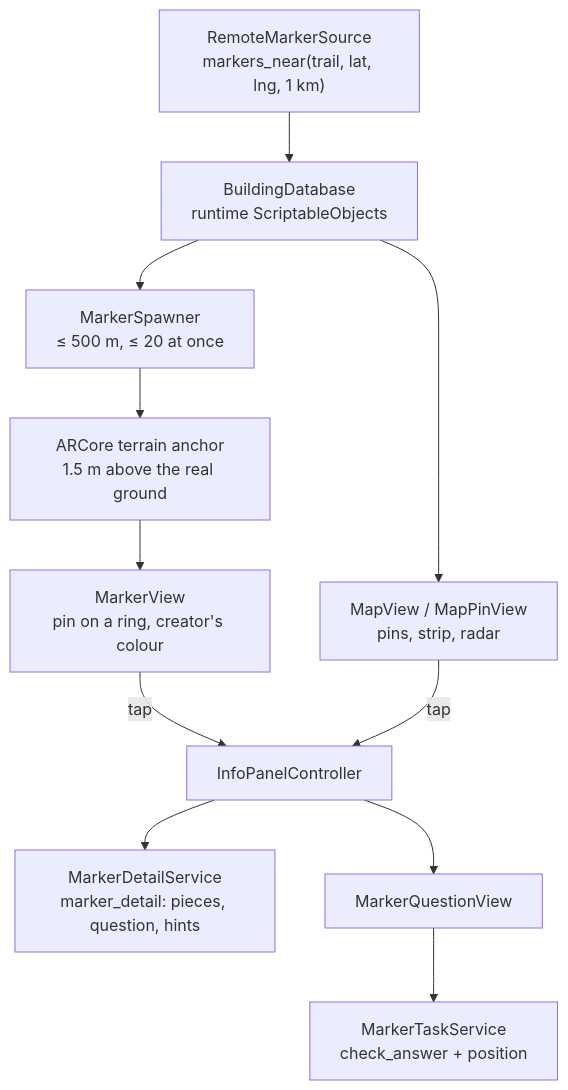
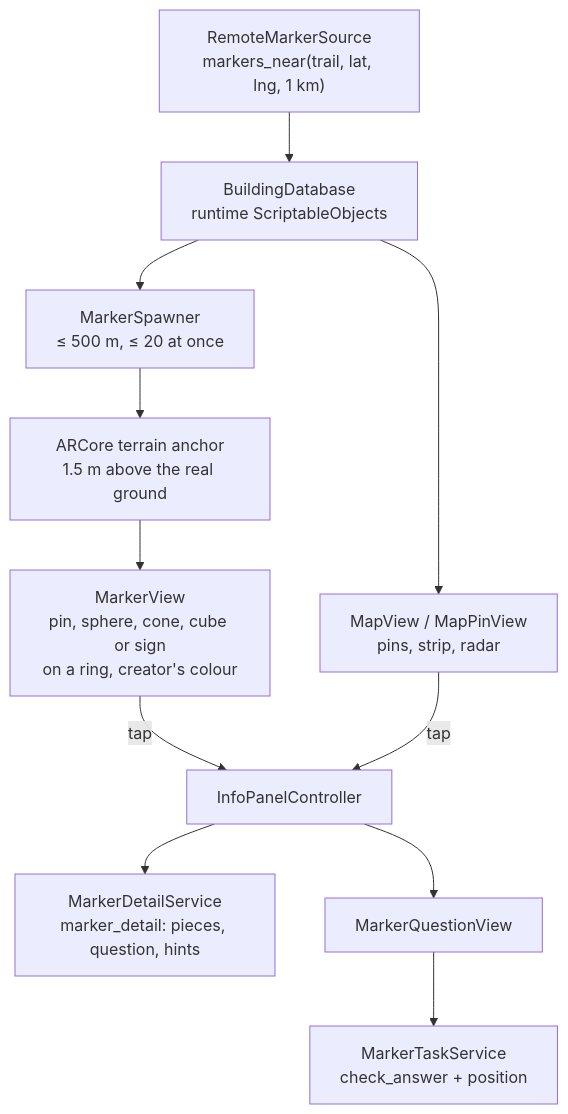
The second of 2 diagrams in README.md (ZalexZal/meARc), drawn with Mermaid before and after one commit. The commit also changed other lines of this file and 32 other files, not shown here.

````diff
--- a/README.md
+++ b/README.md
@@ -307,13 +321,13 @@
 ```mermaid
 flowchart TD
     RMS["RemoteMarkerSource<br/>markers_near(trail, lat, lng, 1 km)"] --> BD["BuildingDatabase<br/>runtime ScriptableObjects"]
     BD --> MAP["MapView / MapPinView<br/>pins, strip, radar"]
     BD --> SP["MarkerSpawner<br/>≤ 500 m, ≤ 20 at once"]
     SP --> AN["ARCore terrain anchor<br/>1.5 m above the real ground"]
-    AN --> MV["MarkerView<br/>pin on a ring, creator's colour"]
+    AN --> MV["MarkerView<br/>pin, sphere, cone, cube or sign<br/>on a ring, creator's colour"]
     MV -- tap --> IP["InfoPanelController"]
     MAP -- tap --> IP
     IP --> MD["MarkerDetailService<br/>marker_detail: pieces, question, hints"]
     IP --> Q["MarkerQuestionView"]
     Q --> MT["MarkerTaskService<br/>check_answer + position"]
 ```
````
